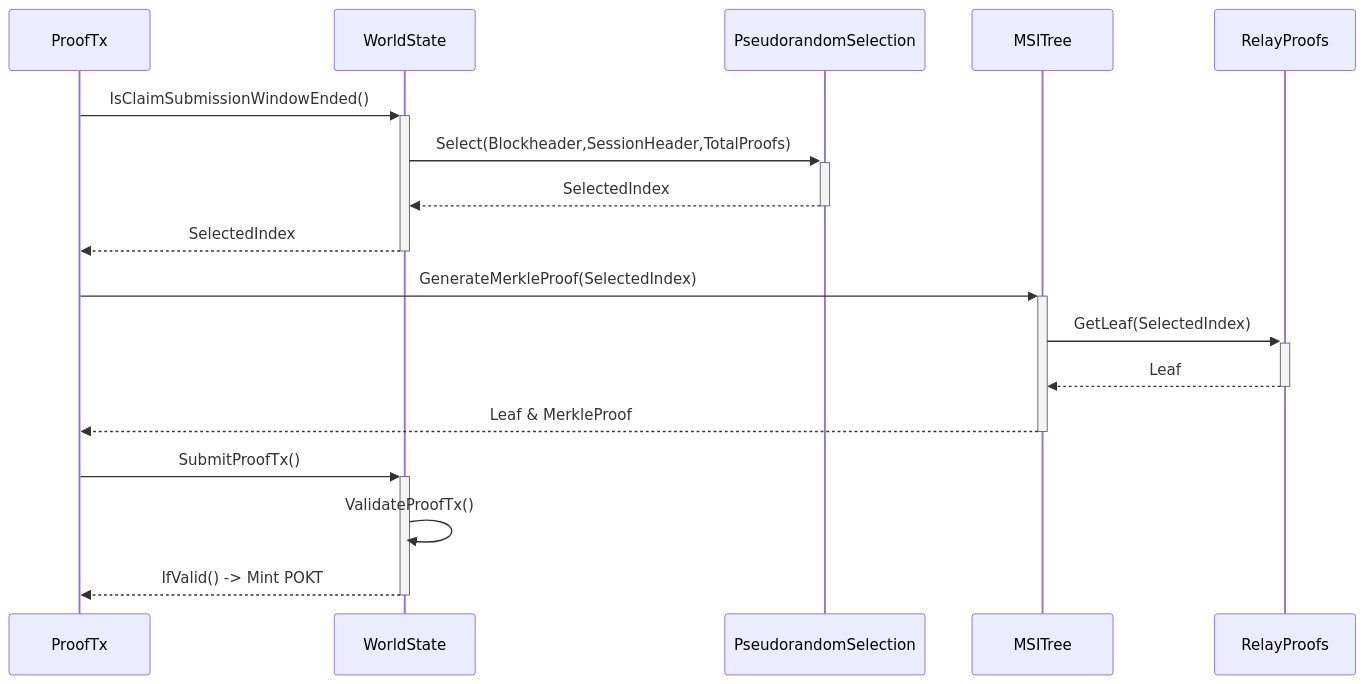
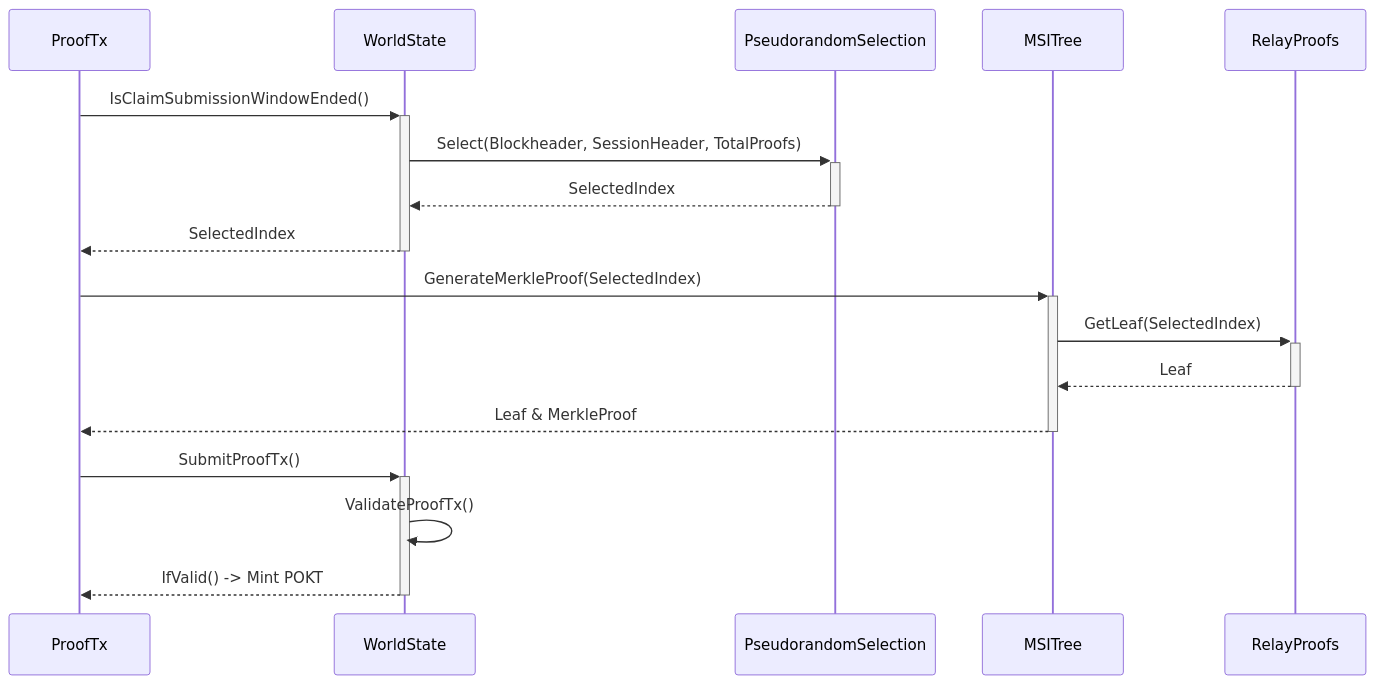
One commit to pokt-network/pocket-core changed the third of 3 diagrams in doc/specs/reward_protocol.md. Above: the diagram before and after it, drawn with Mermaid. The commit also changed other lines of this file, not shown here.

````diff
--- a/doc/specs/reward_protocol.md
+++ b/doc/specs/reward_protocol.md
@@ -115,25 +123,14 @@
 ```mermaid
 sequenceDiagram
-
-ProofTx->>+WorldState: IsClaimSubmissionWindowEnded()
-
-WorldState->>+PseudorandomSelection:Select(Blockheader,SessionHeader,TotalProofs)
-
-PseudorandomSelection-->>-WorldState: SelectedIndex
-
-WorldState-->>-ProofTx: SelectedIndex
-
-ProofTx->>+MSITree:GenerateMerkleProof(SelectedIndex)
-
-MSITree->>+RelayProofs:GetLeaf(SelectedIndex)
-
-RelayProofs-->>-MSITree:Leaf
-
-MSITree-->>-ProofTx: Leaf & MerkleProof
-
-ProofTx->>+WorldState: SubmitProofTx()
-
-WorldState->>WorldState: ValidateProofTx()
-
-WorldState-->>-ProofTx: IfValid() -> Mint POKT
+    ProofTx->>+WorldState: IsClaimSubmissionWindowEnded()
+    WorldState->>+PseudorandomSelection: Select(Blockheader, SessionHeader, TotalProofs)
+    PseudorandomSelection-->>-WorldState: SelectedIndex
+    WorldState-->>-ProofTx: SelectedIndex
+    ProofTx->>+MSITree: GenerateMerkleProof(SelectedIndex)
+    MSITree->>+RelayProofs: GetLeaf(SelectedIndex)
+    RelayProofs-->>-MSITree: Leaf
+    MSITree-->>-ProofTx: Leaf & MerkleProof
+    ProofTx->>+WorldState: SubmitProofTx()
+    WorldState->>WorldState: ValidateProofTx()
+    WorldState-->>-ProofTx: IfValid() -> Mint POKT
 ```
````
